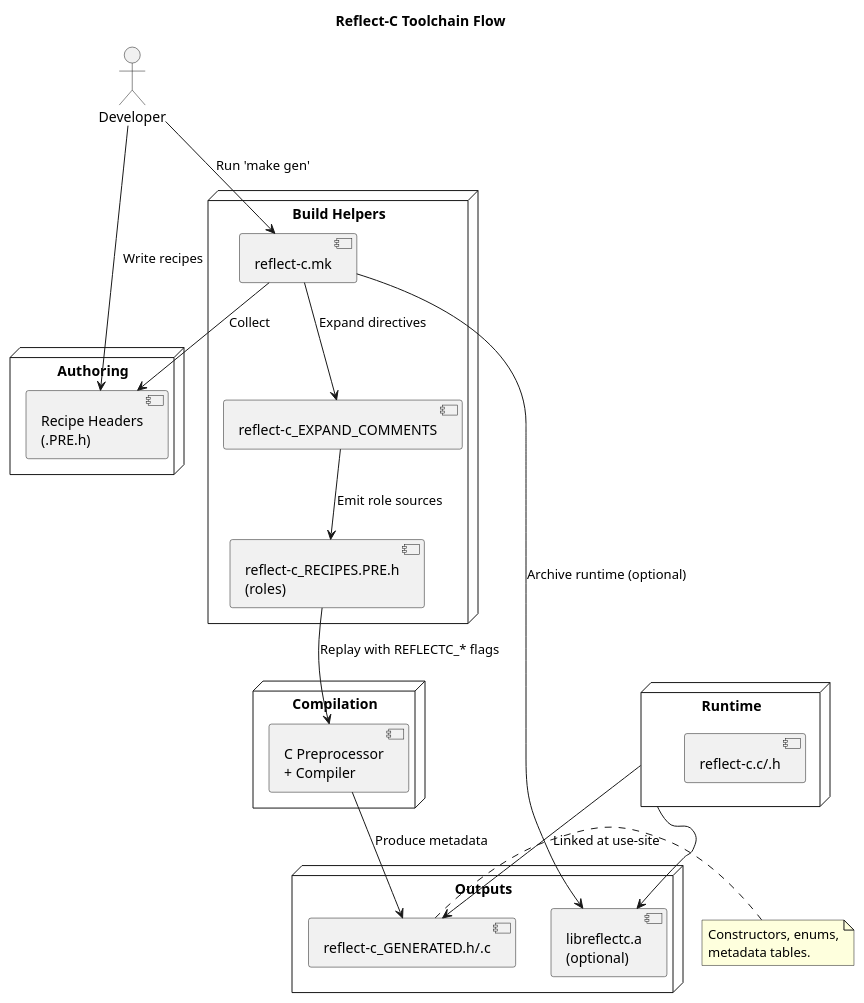
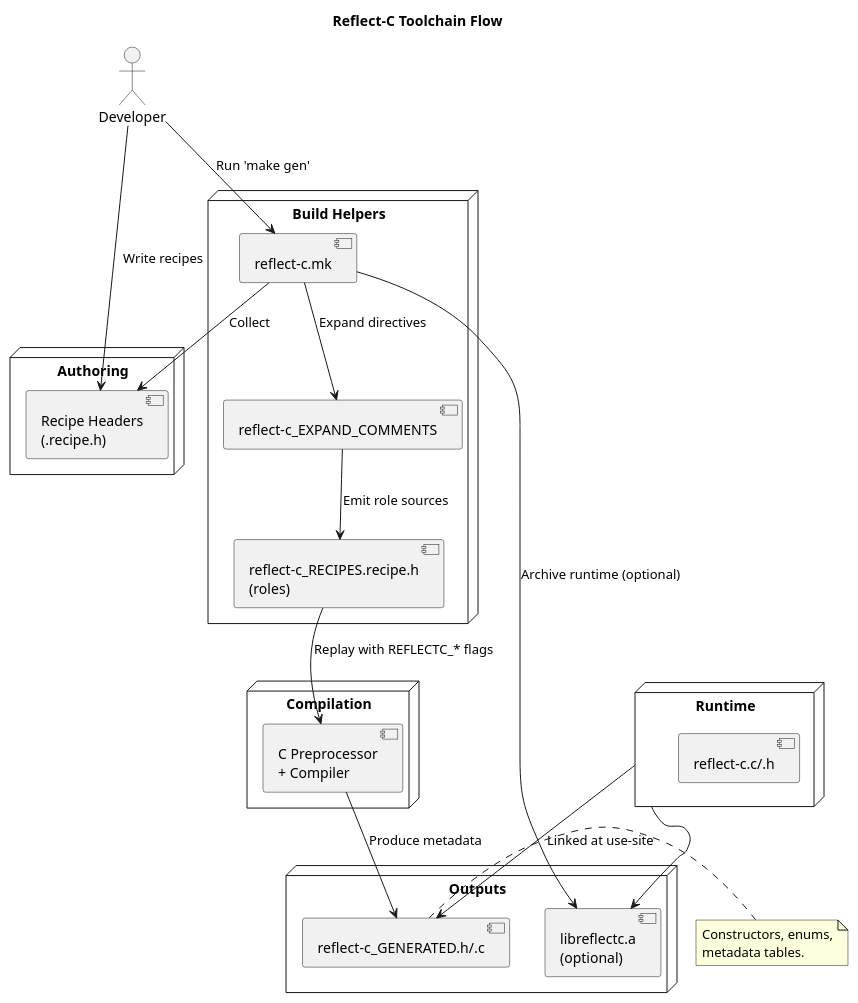
One commit to lcsmuller/reflect-c changed the diagram in docs/puml/diagram.puml. Above: the diagram before and after it, drawn with PlantUML. The commit also changed 11 other files, not shown here.

```diff
--- a/docs/puml/diagram.puml
+++ b/docs/puml/diagram.puml
@@ -1,46 +1,46 @@
 @startuml ImprovedToolchain
 title Reflect-C Toolchain Flow
 
 actor Developer
 
 node "Authoring" {
-    component "Recipe Headers\n(.PRE.h)" as Recipes
+    component "Recipe Headers\n(.recipe.h)" as Recipes
 }
 
 node "Build Helpers" {
     component "reflect-c.mk"
     component "reflect-c_EXPAND_COMMENTS" as Expand
-    component "reflect-c_RECIPES.PRE.h\n(roles)" as RecipesPre
+    component "reflect-c_RECIPES.recipe.h\n(roles)" as RecipesPre
 }
 
 node "Compilation" {
     component "C Preprocessor\n+ Compiler" as CPP
 }
 
 node "Outputs" {
     component "reflect-c_GENERATED.h/.c" as Generated
     component "libreflectc.a\n(optional)" as StaticLib
 }
 
 node "Runtime" {
     component "reflect-c.c/.h" as RuntimeLibrary
 }
 
 Developer --> Recipes : Write recipes
 Developer --> "reflect-c.mk" : Run 'make gen'
 
 "reflect-c.mk" --> Recipes : Collect
 "reflect-c.mk" --> Expand : Expand directives
 Expand --> RecipesPre : Emit role sources
 RecipesPre --> CPP : Replay with REFLECTC_* flags
 CPP --> Generated : Produce metadata
 
 "reflect-c.mk" --> StaticLib : Archive runtime (optional)
 Runtime --> StaticLib
 Runtime --> Generated : Linked at use-site
 
 note right of Generated
 Constructors, enums,
 metadata tables.
 end note
 @enduml
```
